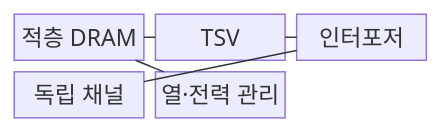
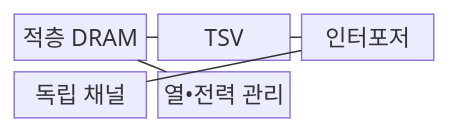
The first of 2 diagrams in src/content/docs/notes/08-latest-tech/145_hbm_high_bandwidth_memory.md (agnusdei1207/knowledge-base), drawn with Mermaid before and after one commit. The commit also changed other lines of this file and 953 other files, not shown here.

````diff
--- a/src/content/docs/notes/08-latest-tech/145_hbm_high_bandwidth_memory.md
+++ b/src/content/docs/notes/08-latest-tech/145_hbm_high_bandwidth_memory.md
@@ -71,13 +71,13 @@
 ```mermaid
 block-beta
   columns 3
   A["적층 DRAM"]
   B["TSV"]
   C["인터포저"]
   D["독립 채널"]
-  E["열·전력 관리"]
+  E["열•전력 관리"]
   A --- B
   B --- C
   C --- D
   E --- A
 ```
````
